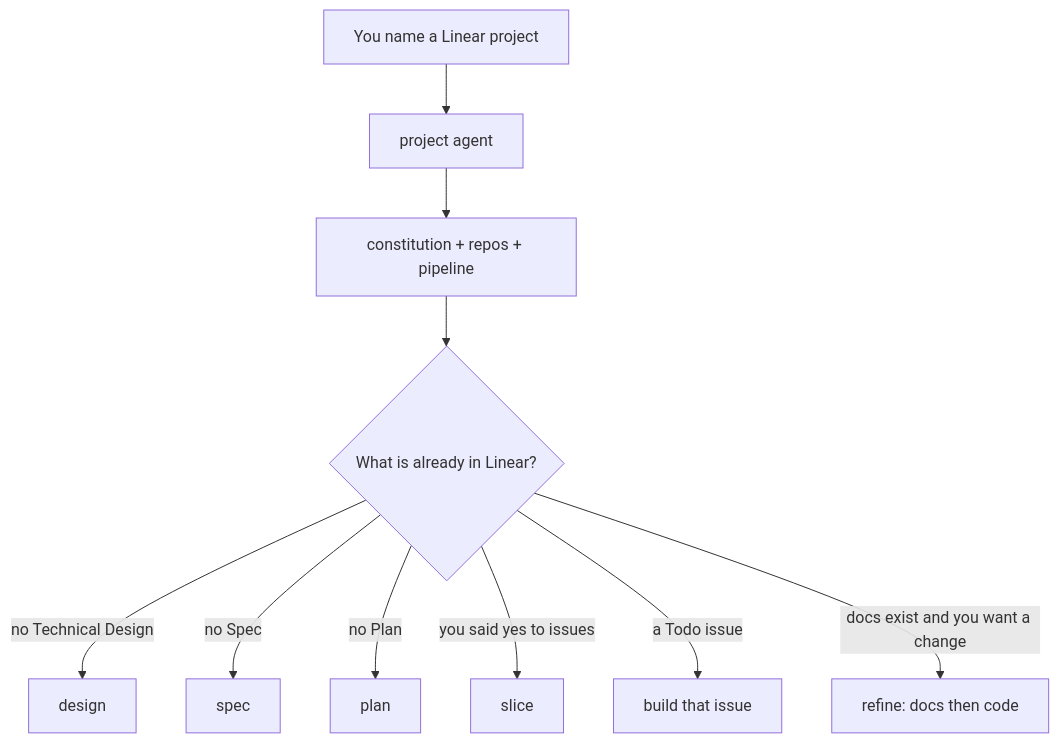
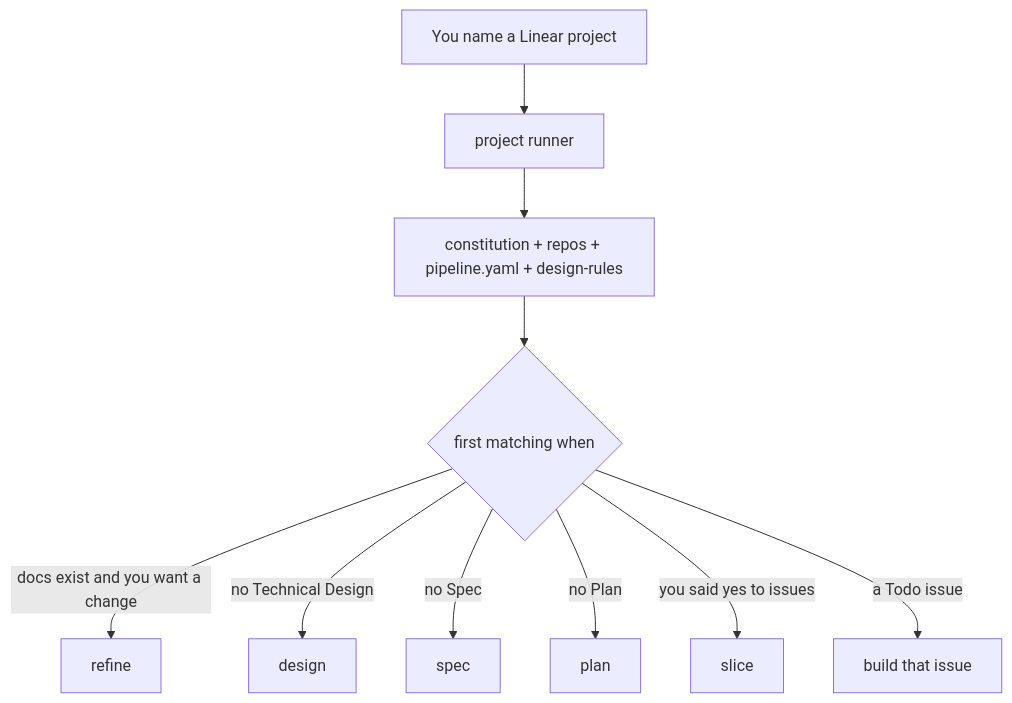
One commit to eventincgroup/pooya-workspace changed the diagram in .opencode/README.md. Above: the diagram before and after it, drawn with Mermaid. The commit also changed other lines of this file and 13 other files, not shown here.

First line of the commit message:
Encode the OpenCode pipeline as a graph that project walks.

````diff
--- a/.opencode/README.md
+++ b/.opencode/README.md
@@ -14,12 +15,12 @@
 ```mermaid
 flowchart TD
-    User["You name a Linear project"] --> Project["project agent"]
-    Project --> Files["constitution + repos + pipeline"]
-    Files --> Stage{"What is already in Linear?"}
+    User["You name a Linear project"] --> Project["project runner"]
+    Project --> Files["constitution + repos + pipeline.yaml + design-rules"]
+    Files --> Stage{"first matching when"}
+    Stage -->|"docs exist and you want a change"| Refine["refine"]
     Stage -->|"no Technical Design"| Design["design"]
     Stage -->|"no Spec"| Spec["spec"]
     Stage -->|"no Plan"| Plan["plan"]
     Stage -->|"you said yes to issues"| Slice["slice"]
     Stage -->|"a Todo issue"| BuildIssue["build that issue"]
-    Stage -->|"docs exist and you want a change"| Refine["refine: docs then code"]
 ```
````
